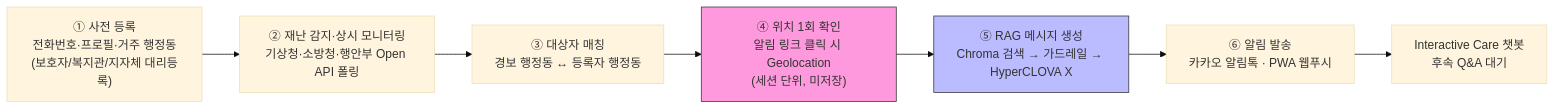
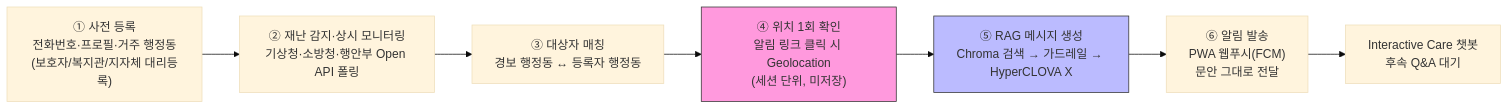
One commit to team-savers/savers-project changed the first of 4 diagrams in docs/공통_가이드/아키텍처.md. Above: the diagram before and after it, drawn with Mermaid (base theme). The commit also changed other lines of this file and 6 other files, not shown here.

````diff
--- a/docs/공통_가이드/아키텍처.md
+++ b/docs/공통_가이드/아키텍처.md
@@ -9,12 +18,12 @@
 ```mermaid
 flowchart LR
     A["① 사전 등록<br/>전화번호·프로필·거주 행정동<br/>(보호자/복지관/지자체 대리등록)"] --> B["② 재난 감지·상시 모니터링<br/>기상청·소방청·행안부 Open API 폴링"]
     B --> C["③ 대상자 매칭<br/>경보 행정동 ↔ 등록자 행정동"]
     C --> D["④ 위치 1회 확인<br/>알림 링크 클릭 시 Geolocation<br/>(세션 단위, 미저장)"]
     D --> E["⑤ RAG 메시지 생성<br/>Chroma 검색 → 가드레일 → HyperCLOVA X"]
-    E --> F["⑥ 알림 발송<br/>카카오 알림톡 · PWA 웹푸시"]
+    E --> F["⑥ 알림 발송<br/>PWA 웹푸시(FCM)<br/>문안 그대로 전달"]
     F --> G["Interactive Care 챗봇<br/>후속 Q&A 대기"]
 
     style D fill:#f9d,stroke:#333
     style E fill:#bbf,stroke:#333
 ```
````
